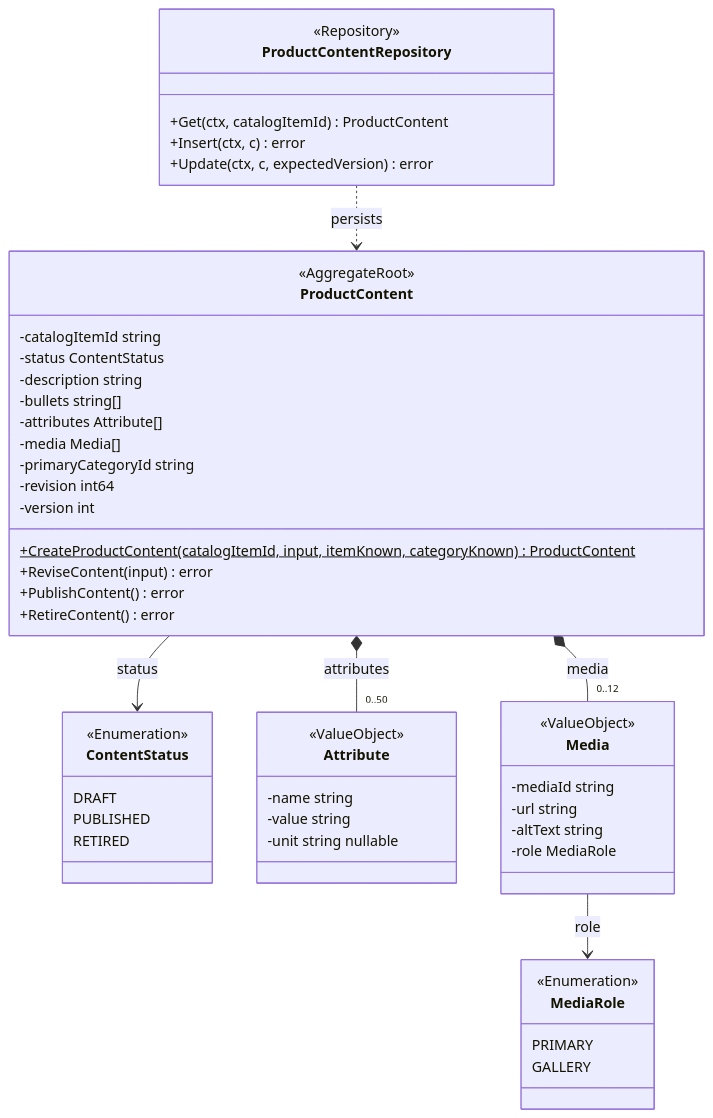
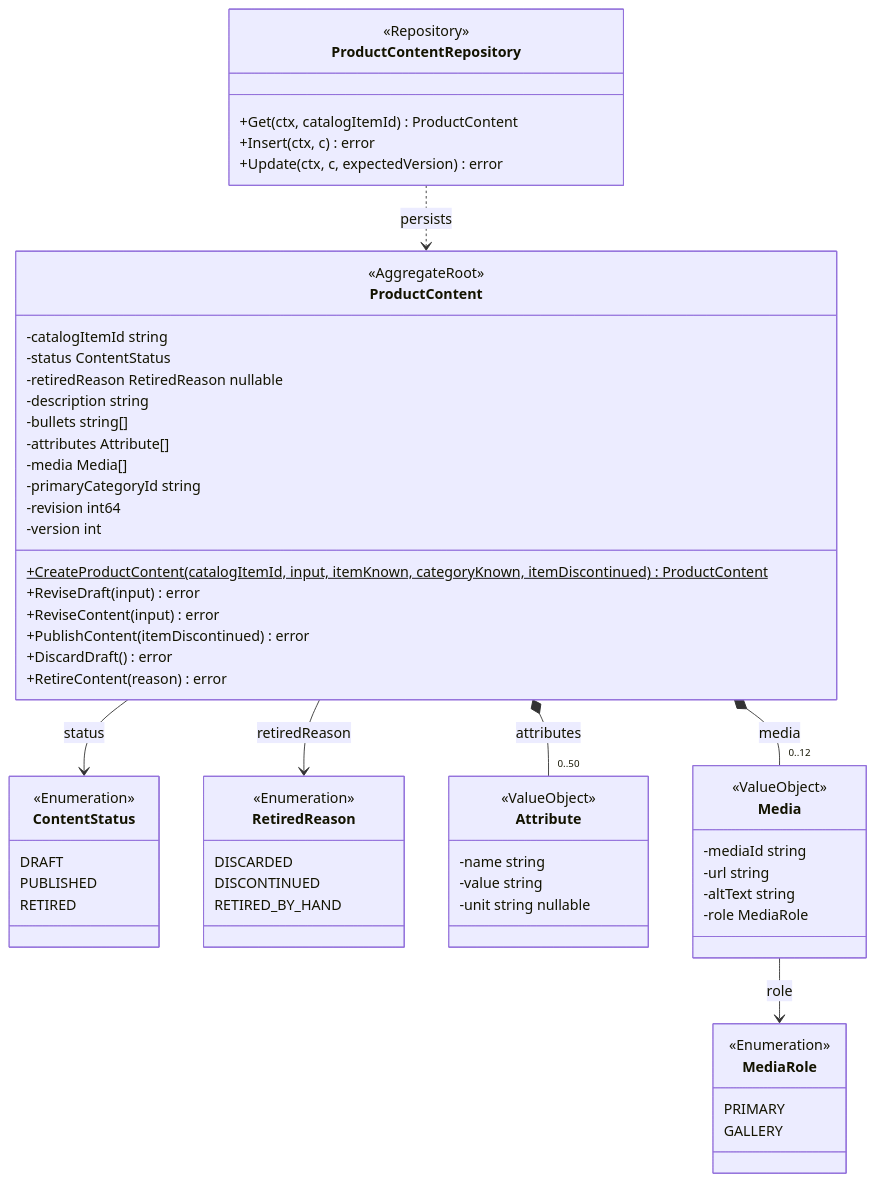
One commit to IQVO/warehouse-docs changed the first of 5 diagrams in storefront/docs/contexts/product-content/class-diagram.md. Above: the diagram before and after it, drawn with Mermaid. The commit also changed other lines of this file and 16 other files, not shown here.

Commit message:
docs(storefront): model-fix 4-5/7 - product-content, product-discovery, shopping-cart decisions applied; checkout model + events (24->26)

````diff
--- a/storefront/docs/contexts/product-content/class-diagram.md
+++ b/storefront/docs/contexts/product-content/class-diagram.md
@@ -22,55 +22,65 @@
 ```mermaid
 classDiagram
     direction TB
     class ProductContent {
         <<AggregateRoot>>
         -catalogItemId string
         -status ContentStatus
+        -retiredReason RetiredReason nullable
         -description string
         -bullets string[]
         -attributes Attribute[]
         -media Media[]
         -primaryCategoryId string
         -revision int64
         -version int
-        +CreateProductContent(catalogItemId, input, itemKnown, categoryKnown)$ ProductContent
+        +CreateProductContent(catalogItemId, input, itemKnown, categoryKnown, itemDiscontinued)$ ProductContent
+        +ReviseDraft(input) error
         +ReviseContent(input) error
-        +PublishContent() error
-        +RetireContent() error
+        +PublishContent(itemDiscontinued) error
+        +DiscardDraft() error
+        +RetireContent(reason) error
     }
     class ContentStatus {
         <<Enumeration>>
         DRAFT
         PUBLISHED
         RETIRED
+    }
+    class RetiredReason {
+        <<Enumeration>>
+        DISCARDED
+        DISCONTINUED
+        RETIRED_BY_HAND
     }
     class Attribute {
         <<ValueObject>>
         -name string
         -value string
         -unit string nullable
     }
     class Media {
         <<ValueObject>>
         -mediaId string
         -url string
         -altText string
         -role MediaRole
     }
     class MediaRole {
         <<Enumeration>>
         PRIMARY
         GALLERY
     }
     class ProductContentRepository {
         <<Repository>>
         +Get(ctx, catalogItemId) ProductContent
         +Insert(ctx, c) error
         +Update(ctx, c, expectedVersion) error
     }
     ProductContent --> ContentStatus : status
+    ProductContent --> RetiredReason : retiredReason
     ProductContent *-- "0..50" Attribute : attributes
     ProductContent *-- "0..12" Media : media
     Media --> MediaRole : role
     ProductContentRepository ..> ProductContent : persists
 ```
````
